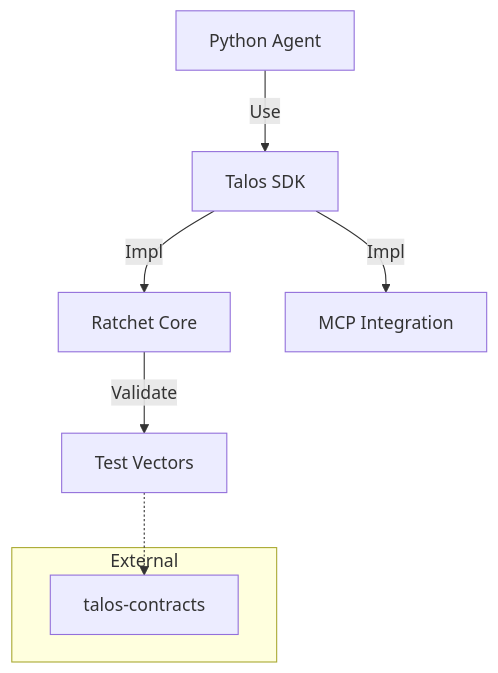
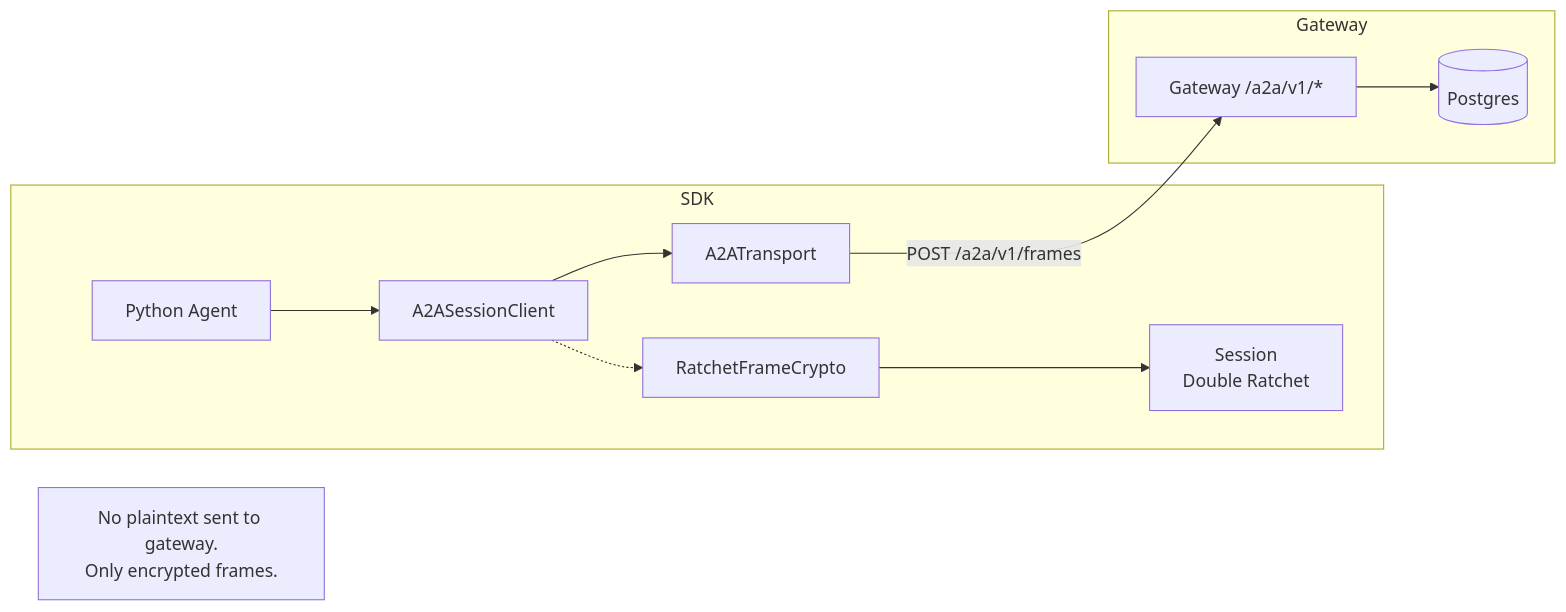
One commit to talosprotocol/talos-sdk-py changed the diagram in README.md. Above: the diagram before and after it, drawn with Mermaid. The commit also changed other lines of this file and 9 other files, not shown here.

First line of the commit message:
docs: refresh examples and README with Phase 10 architecture

````diff
--- a/README.md
+++ b/README.md
@@ -13,14 +50,16 @@
 ```mermaid
-graph TD
-    user[Python Agent] -->|Use| sdk[Talos SDK]
-    sdk -->|Impl| ratchet[Ratchet Core]
-    sdk -->|Impl| mcp[MCP Integration]
-    
-    ratchet -->|Validate| vectors[Test Vectors]
-    
-    subgraph External[External]
-        vectors_repo[talos-contracts]
+graph LR
+    subgraph SDK
+        A[Python Agent] --> B[A2ASessionClient]
+        B --> C[A2ATransport]
+        B -.-> D[RatchetFrameCrypto]
+        D --> E[Session<br/>Double Ratchet]
     end
-    
-    vectors -.-> vectors_repo
+
+    subgraph Gateway
+        C -->|POST /a2a/v1/frames| F[Gateway /a2a/v1/*]
+        F --> G[(Postgres)]
+    end
+
+    note["No plaintext sent to gateway.<br/>Only encrypted frames."]
 ```
````
